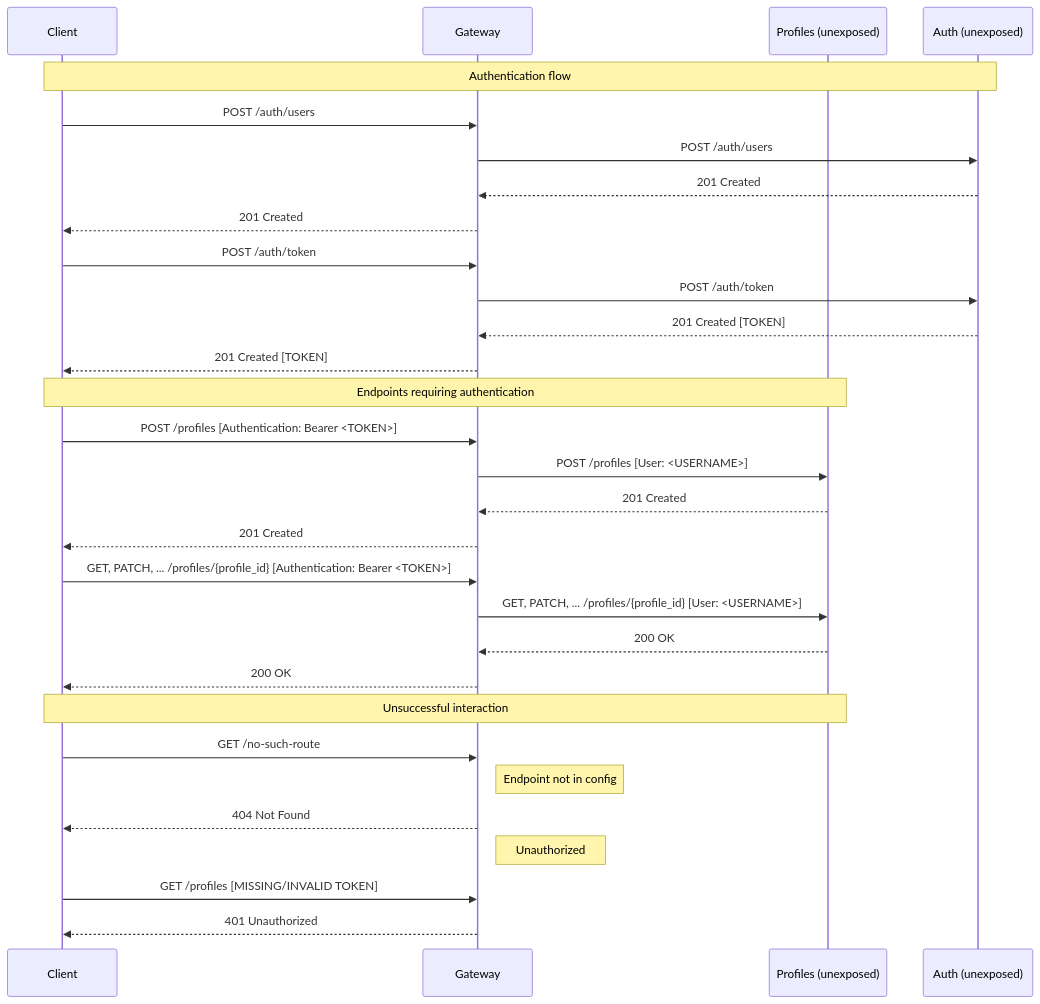
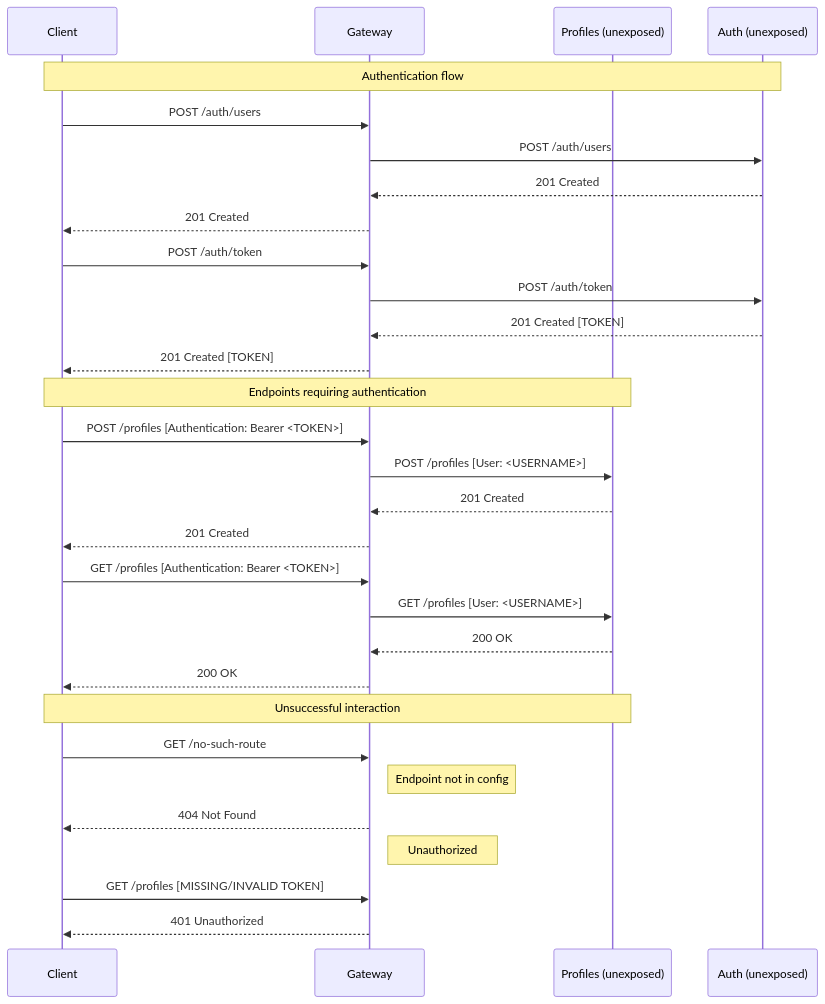
The diagram in README.md (Lemonpill/dockerized-gateway), drawn with Mermaid before and after one commit.

Commit message:
simplify sequence diagram

````diff
--- a/README.md
+++ b/README.md
@@ -37,32 +37,32 @@
 ```mermaid
 sequenceDiagram  
  participant  C as Client
  participant  G as Gateway
  participant  S as Profiles (unexposed)
  participant  A as Auth (unexposed)
  Note over C, A: Authentication flow
  C->>G: POST /auth/users
  G->>A: POST /auth/users
  A-->>G: 201 Created
  G-->>C: 201 Created
  C->>G: POST /auth/token
  G->>A: POST /auth/token
  A-->>G: 201 Created [TOKEN]
  G-->>C: 201 Created [TOKEN]
  Note over C,S: Endpoints requiring authentication
  C->>G: POST /profiles [Authentication: Bearer <TOKEN>]
  G->>S: POST /profiles [User: <USERNAME>]
  S-->>G: 201 Created
  G-->>C: 201 Created
- C->>G: GET, PATCH, ... /profiles/{profile_id} [Authentication: Bearer <TOKEN>]
- G->>S: GET, PATCH, ... /profiles/{profile_id} [User: <USERNAME>]
+ C->>G: GET /profiles [Authentication: Bearer <TOKEN>]
+ G->>S: GET /profiles [User: <USERNAME>]
  S-->>G: 200 OK
  G-->>C: 200 OK
  Note over C,S: Unsuccessful interaction
  C->>G: GET /no-such-route
  Note right of G: Endpoint not in config
  G-->>C: 404 Not Found
  Note right of G: Unauthorized
  C->>G: GET /profiles [MISSING/INVALID TOKEN]
  G-->>C: 401 Unauthorized
 ```
````
